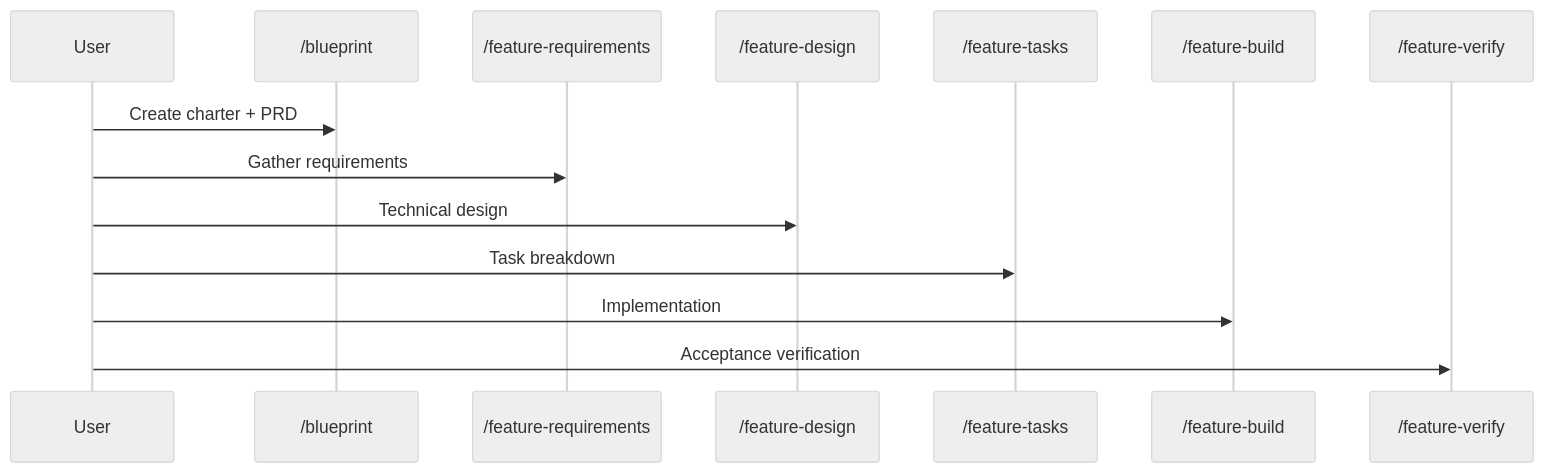
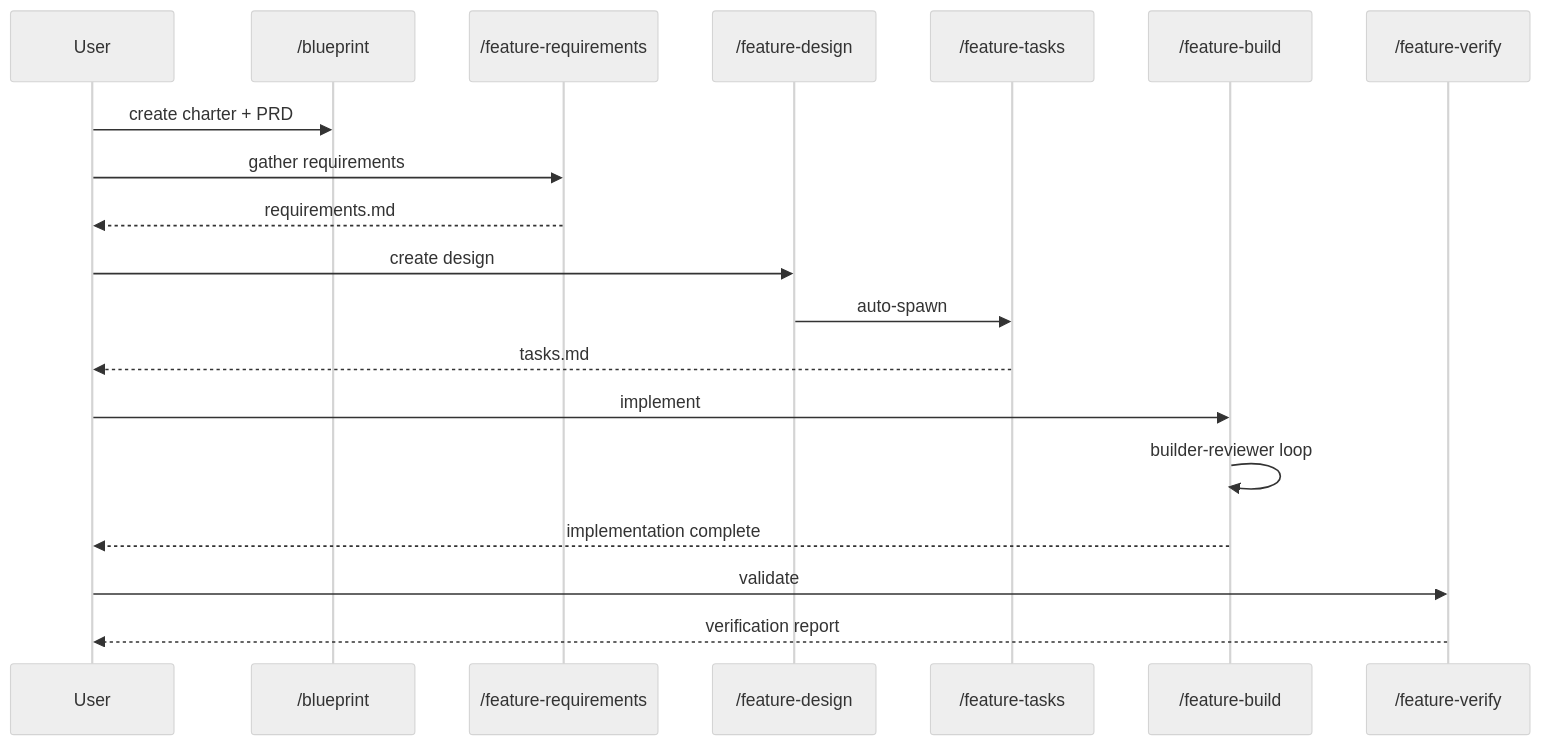
One commit to rp1-run/rp1 changed the third of 4 diagrams in .rp1/context/architecture.md. Above: the diagram before and after it, drawn with Mermaid (neutral theme). The commit also changed other lines of this file and 5 other files, not shown here.

````diff
--- a/.rp1/context/architecture.md
+++ b/.rp1/context/architecture.md
@@ -140,17 +153,22 @@
 ```mermaid
 sequenceDiagram
     participant User
     participant Blueprint as /blueprint
     participant Reqs as /feature-requirements
     participant Design as /feature-design
     participant Tasks as /feature-tasks
     participant Build as /feature-build
     participant Verify as /feature-verify
 
-    User->>Blueprint: Create charter + PRD
-    User->>Reqs: Gather requirements
-    User->>Design: Technical design
-    User->>Tasks: Task breakdown
-    User->>Build: Implementation
-    User->>Verify: Acceptance verification
+    User->>Blueprint: create charter + PRD
+    User->>Reqs: gather requirements
+    Reqs-->>User: requirements.md
+    User->>Design: create design
+    Design->>Tasks: auto-spawn
+    Tasks-->>User: tasks.md
+    User->>Build: implement
+    Build->>Build: builder-reviewer loop
+    Build-->>User: implementation complete
+    User->>Verify: validate
+    Verify-->>User: verification report
 ```
````
